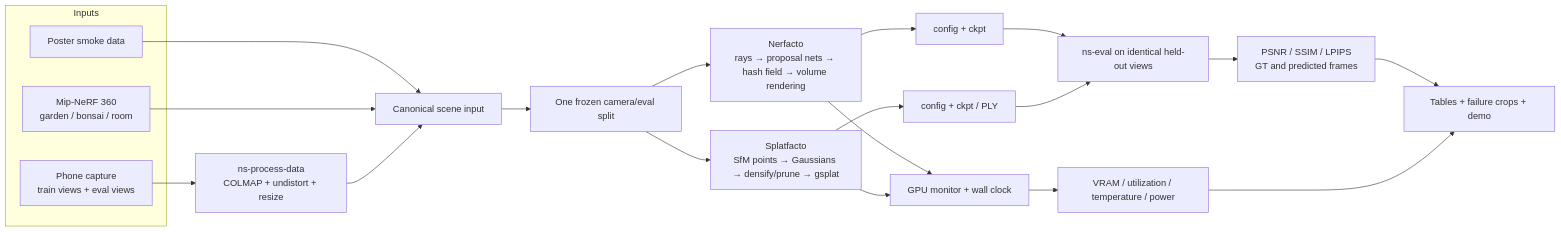
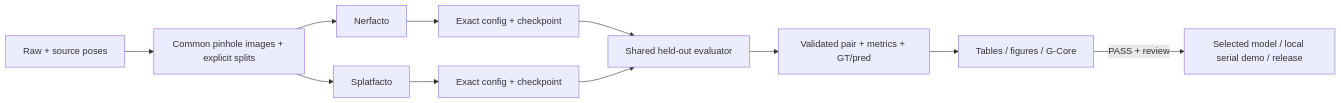
Before and after one commit to HelcurtLordno1/Photos_to_3d-NeRF-and-guassian-splatting: the diagram in Construction_architect.md, drawn with Mermaid. The commit also changed other lines of this file and 173 other files, not shown here.

````diff
--- a/Construction_architect.md
+++ b/Construction_architect.md
@@ -134,28 +16,13 @@
 ```mermaid
 flowchart LR
-    subgraph Inputs
-      A1[Poster smoke data]
-      A2[Mip-NeRF 360\ngarden / bonsai / room]
-      A3[Phone capture\ntrain views + eval views]
-    end
-
-    A1 --> D[Canonical scene input]
-    A2 --> D
-    A3 --> P[ns-process-data\nCOLMAP + undistort + resize]
-    P --> D
-
-    D --> S[One frozen camera/eval split]
-    S --> N[Nerfacto\nrays → proposal nets → hash field → volume rendering]
-    S --> G[Splatfacto\nSfM points → Gaussians → densify/prune → gsplat]
-
-    N --> CN[config + ckpt]
-    G --> CG[config + ckpt / PLY]
-    CN --> E[ns-eval on identical held-out views]
-    CG --> E
-    N --> M[GPU monitor + wall clock]
-    G --> M
-    E --> R[PSNR / SSIM / LPIPS\nGT and predicted frames]
-    M --> R2[VRAM / utilization / temperature / power]
-    R --> Z[Tables + failure crops + demo]
-    R2 --> Z
+    R[Raw + source poses] --> C[Common pinhole images + explicit splits]
+    C --> N[Nerfacto]
+    C --> S[Splatfacto]
+    N --> AN[Exact config + checkpoint]
+    S --> AS[Exact config + checkpoint]
+    AN --> E[Shared held-out evaluator]
+    AS --> E
+    E --> P[Validated pair + metrics + GT/pred]
+    P --> A[Tables / figures / G-Core]
+    A -->|PASS + review| D[Selected model / local serial demo / release]
 ```
````
